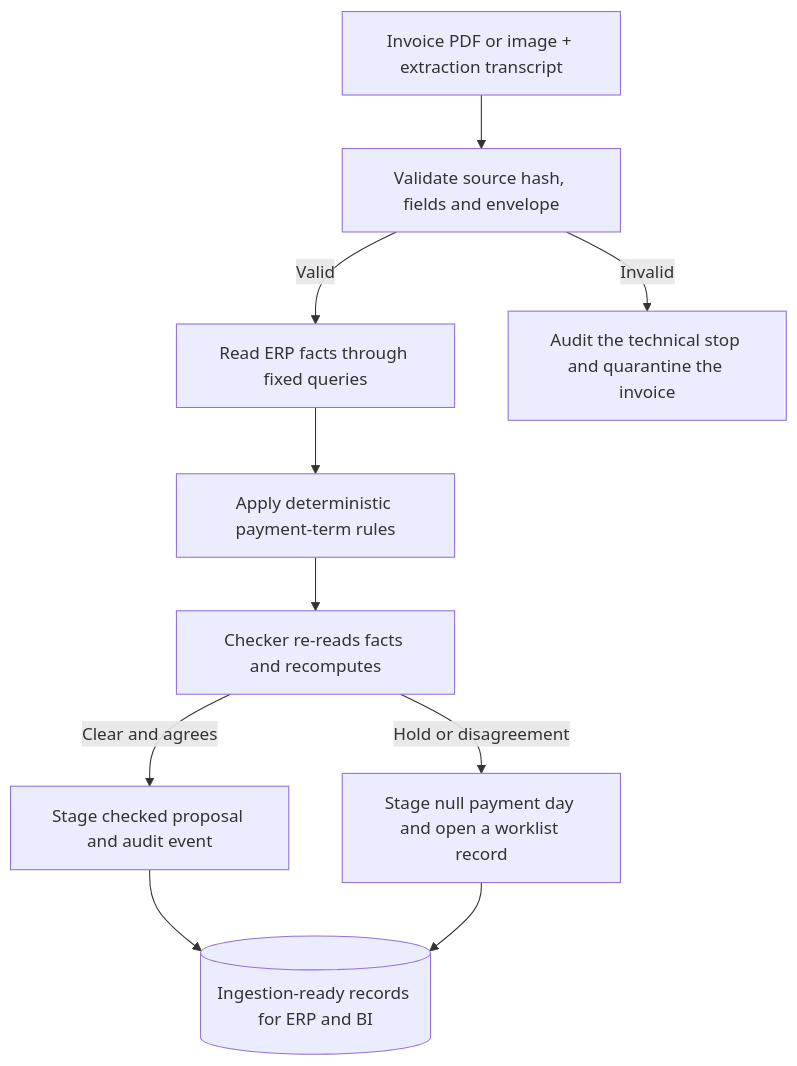
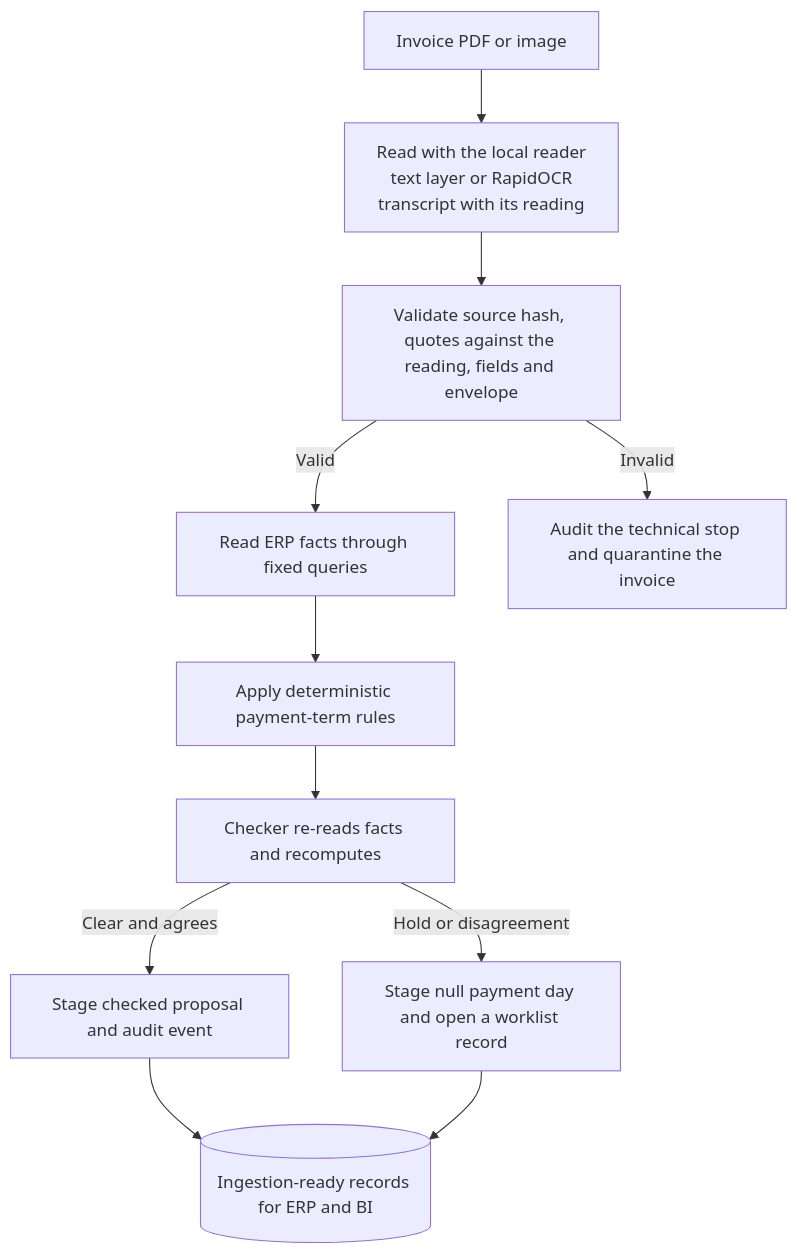
Before and after one commit to BTECHK/invoice-term-agent: the first of 2 diagrams in README.md, drawn with Mermaid. The commit also changed other lines of this file and 36 other files, not shown here.

````diff
--- a/README.md
+++ b/README.md
@@ -30,12 +30,13 @@
 ```mermaid
 flowchart TD
-  A[Invoice PDF or image + extraction transcript] --> B[Validate source hash, fields and envelope]
+  A[Invoice PDF or image] --> R[Read with the local reader<br/>text layer or RapidOCR<br/>transcript with its reading]
+  R --> B[Validate source hash, quotes against the reading, fields and envelope]
   B -->|Valid| C[Read ERP facts through fixed queries]
   B -->|Invalid| X[Audit the technical stop and quarantine the invoice]
   C --> D[Apply deterministic payment-term rules]
   D --> E[Checker re-reads facts and recomputes]
   E -->|Clear and agrees| F[Stage checked proposal and audit event]
   E -->|Hold or disagreement| G[Stage null payment day and open a worklist record]
   F --> L[(Ingestion-ready records for ERP and BI)]
   G --> L
 ```
````
